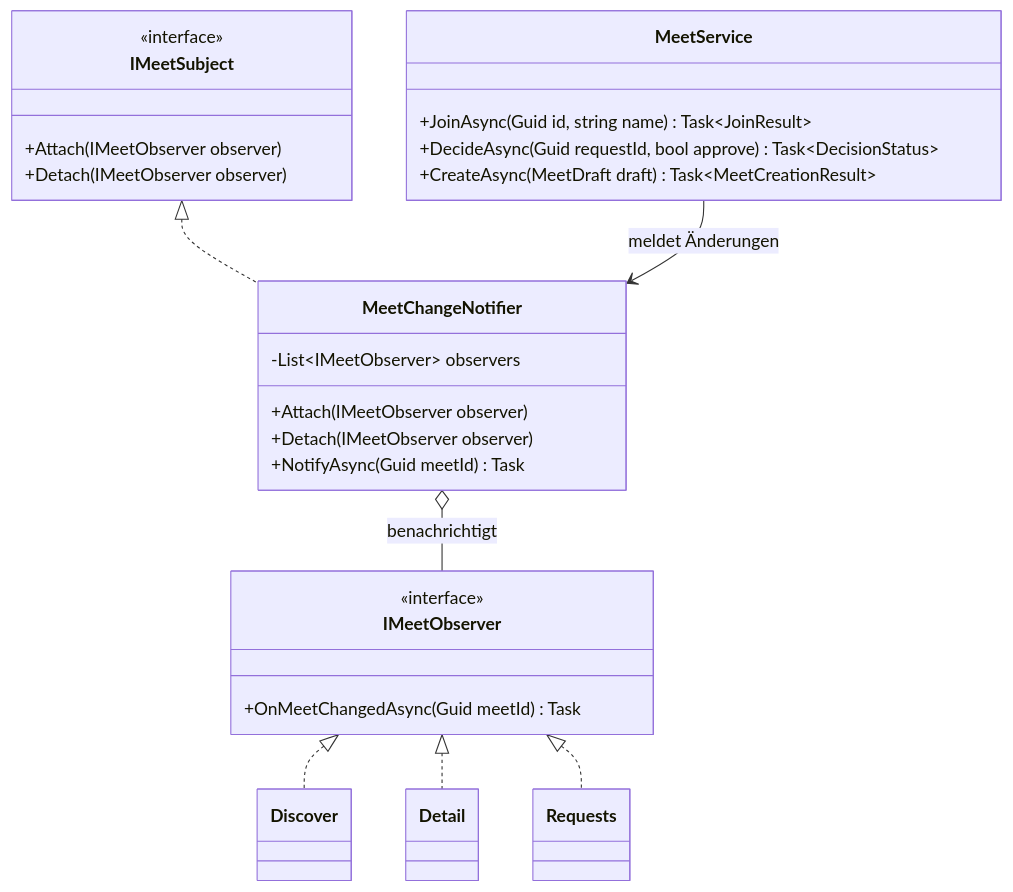
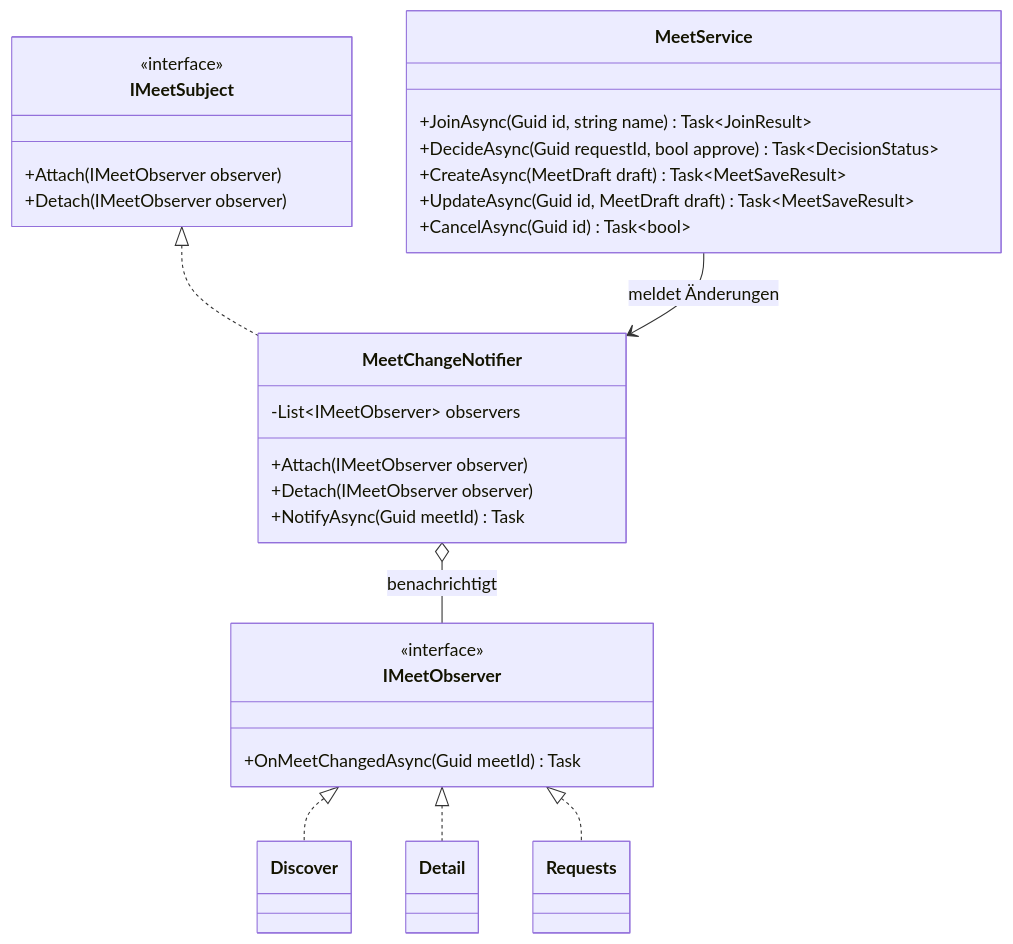
The first of 2 diagrams in Docs/12-LOESUNGSDOKUMENT.md (Tojioo/RevUp), drawn with Mermaid before and after one commit. The commit also changed other lines of this file, not shown here.

Commit message:
US-09: Show editing and cancelling in the Observer diagram

````diff
--- a/Docs/12-LOESUNGSDOKUMENT.md
+++ b/Docs/12-LOESUNGSDOKUMENT.md
@@ -57,32 +57,34 @@
 ```mermaid
 classDiagram
     class IMeetSubject {
         <<interface>>
         +Attach(IMeetObserver observer)
         +Detach(IMeetObserver observer)
     }
     class IMeetObserver {
         <<interface>>
         +OnMeetChangedAsync(Guid meetId) Task
     }
     class MeetChangeNotifier {
         -List~IMeetObserver~ observers
         +Attach(IMeetObserver observer)
         +Detach(IMeetObserver observer)
         +NotifyAsync(Guid meetId) Task
     }
     class MeetService {
         +JoinAsync(Guid id, string name) Task~JoinResult~
         +DecideAsync(Guid requestId, bool approve) Task~DecisionStatus~
-        +CreateAsync(MeetDraft draft) Task~MeetCreationResult~
+        +CreateAsync(MeetDraft draft) Task~MeetSaveResult~
+        +UpdateAsync(Guid id, MeetDraft draft) Task~MeetSaveResult~
+        +CancelAsync(Guid id) Task~bool~
     }
     class Discover
     class Detail
     class Requests
     IMeetSubject <|.. MeetChangeNotifier
     IMeetObserver <|.. Discover
     IMeetObserver <|.. Detail
     IMeetObserver <|.. Requests
     MeetChangeNotifier o-- IMeetObserver : benachrichtigt
     MeetService --> MeetChangeNotifier : meldet Änderungen
 ```
````
